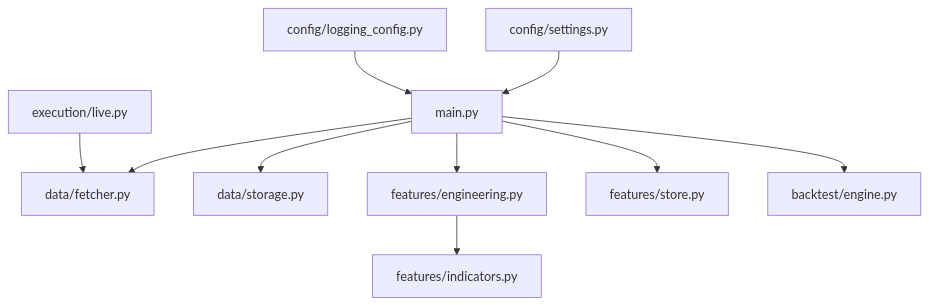
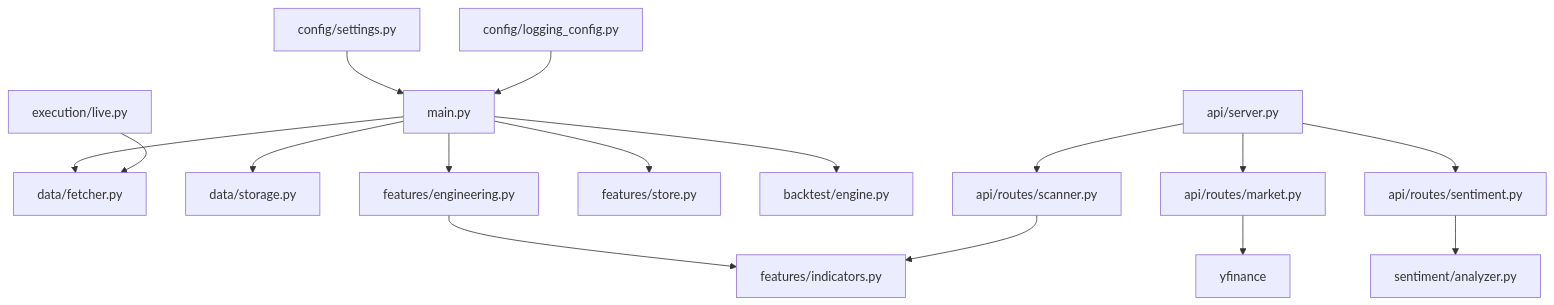
Before and after one commit to cavraeg-eng/Trading-App: diagram 14 of 14 in .qoder/repowiki/en/content/Data Management/Data Management.md, drawn with Mermaid. The commit also changed other lines of this file and 50 other files, not shown here.

````diff
--- a/.qoder/repowiki/en/content/Data Management/Data Management.md
+++ b/.qoder/repowiki/en/content/Data Management/Data Management.md
@@ -342,12 +560,18 @@
 ```mermaid
 graph TB
 MAIN["main.py"] --> FETCHER["data/fetcher.py"]
 MAIN --> STORAGE["data/storage.py"]
 MAIN --> ENGINEERING["features/engineering.py"]
 ENGINEERING --> INDICATORS["features/indicators.py"]
 MAIN --> STORE["features/store.py"]
 MAIN --> BACKTEST["backtest/engine.py"]
 LIVE["execution/live.py"] --> FETCHER
+SERVER["api/server.py"] --> MARKET["api/routes/market.py"]
+SERVER --> SCANNER["api/routes/scanner.py"]
+SERVER --> SENTIMENT["api/routes/sentiment.py"]
+MARKET --> YFINANCE["yfinance"]
+SCANNER --> INDICATORS
+SENTIMENT --> ANALYZER["sentiment/analyzer.py"]
 SETTINGS["config/settings.py"] --> MAIN
 LOGCFG["config/logging_config.py"] --> MAIN
 ```
````
